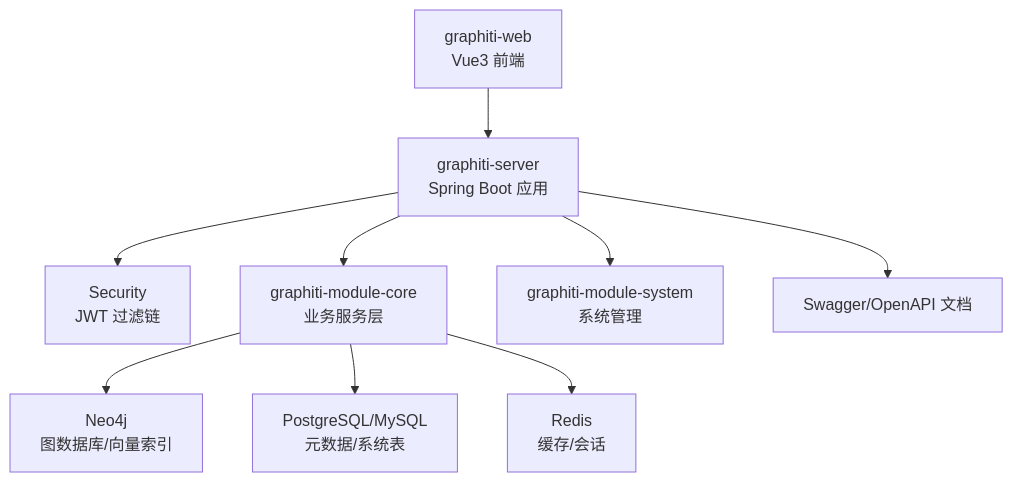
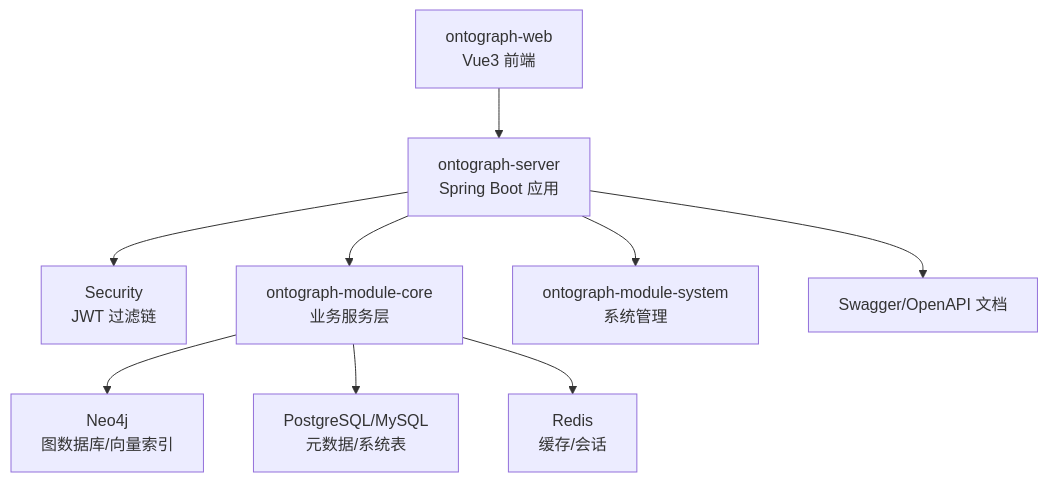
The second of 8 diagrams in docs/manual/最佳实践/最佳实践.md (joezxh/graphiti-java), drawn with Mermaid before and after one commit. The commit also changed other lines of this file and 200 other files, not shown here.

````diff
--- a/docs/manual/最佳实践/最佳实践.md
+++ b/docs/manual/最佳实践/最佳实践.md
@@ -105,11 +105,11 @@
 ```mermaid
 graph TB
-FE["graphiti-web<br/>Vue3 前端"] --> API["graphiti-server<br/>Spring Boot 应用"]
+FE["ontograph-web<br/>Vue3 前端"] --> API["ontograph-server<br/>Spring Boot 应用"]
 API --> SEC["Security<br/>JWT 过滤链"]
-API --> CORE["graphiti-module-core<br/>业务服务层"]
-API --> SYS["graphiti-module-system<br/>系统管理"]
+API --> CORE["ontograph-module-core<br/>业务服务层"]
+API --> SYS["ontograph-module-system<br/>系统管理"]
 CORE --> NEO["Neo4j<br/>图数据库/向量索引"]
 CORE --> META["PostgreSQL/MySQL<br/>元数据/系统表"]
 CORE --> CACHE["Redis<br/>缓存/会话"]
 API --> DOC["Swagger/OpenAPI 文档"]
 ```
````
